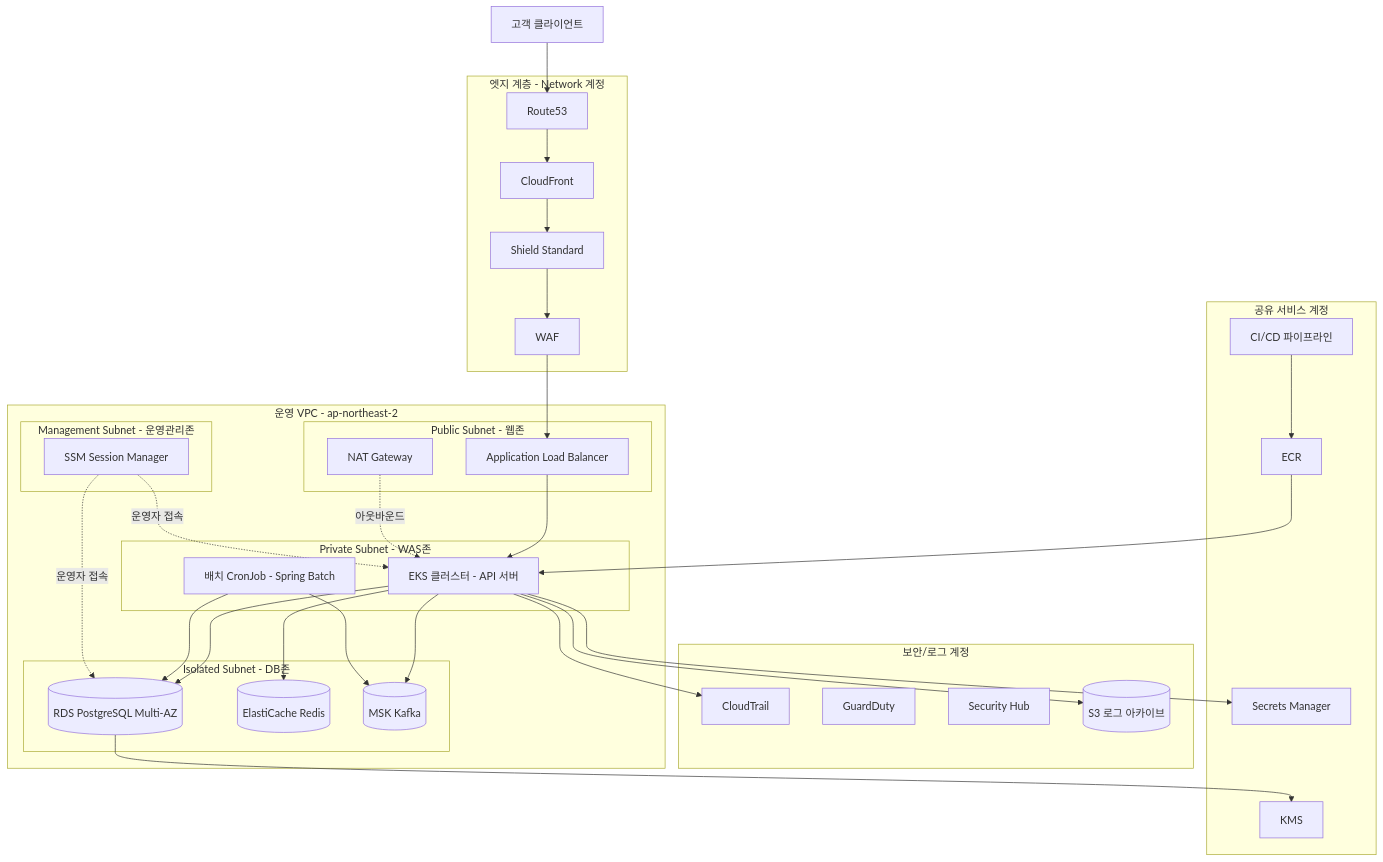
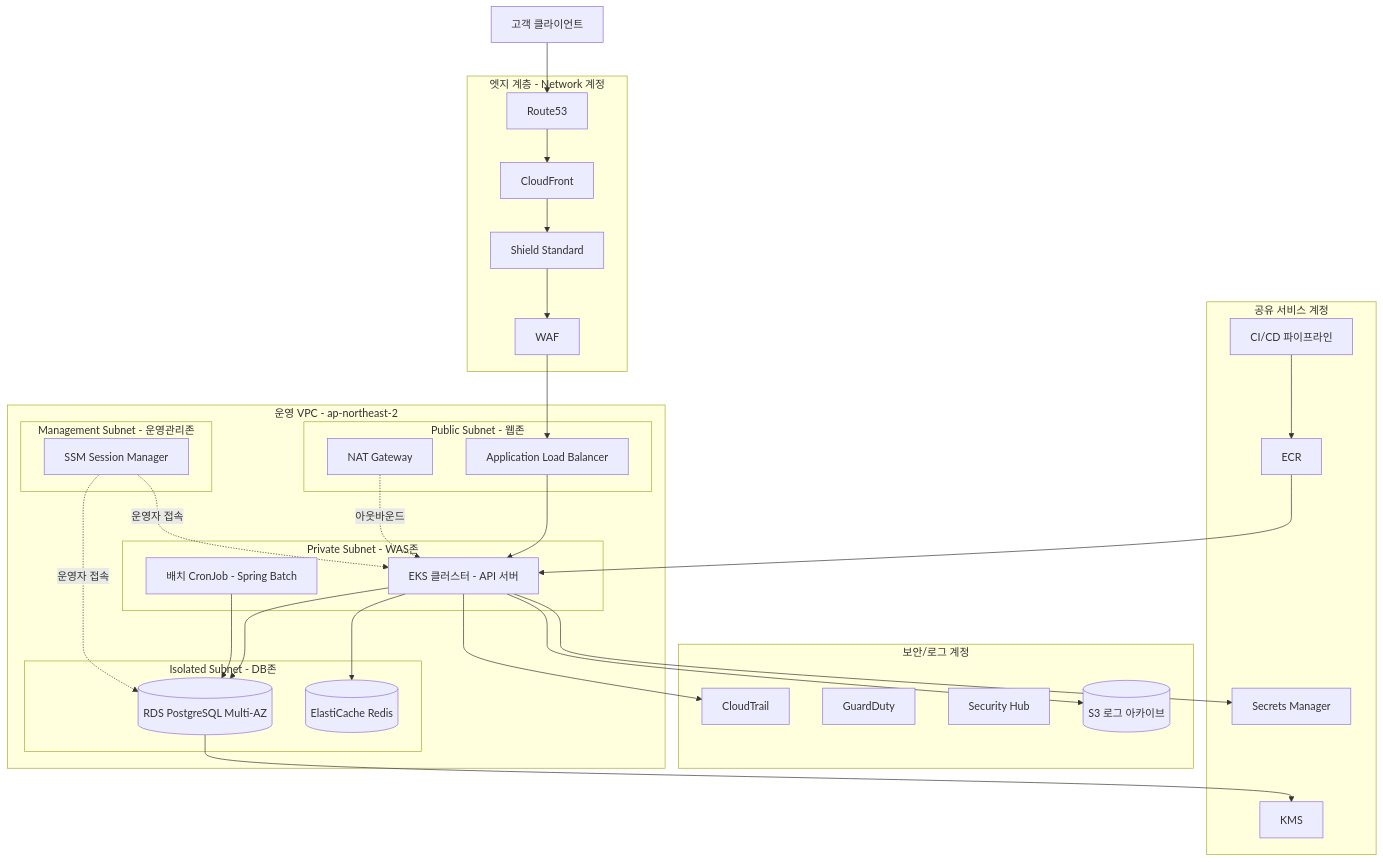
Before and after one commit to JaeHyun10-03/J-Bank: the diagram in docs/06_J-Bank_인프라아키텍처.md, drawn with Mermaid. The commit also changed other lines of this file and 36 other files, not shown here.

````diff
--- a/docs/06_J-Bank_인프라아키텍처.md
+++ b/docs/06_J-Bank_인프라아키텍처.md
@@ -46,60 +46,57 @@
 ```mermaid
 flowchart TB
     User[고객 클라이언트]
 
     subgraph EdgeLayer["엣지 계층 - Network 계정"]
         R53[Route53]
         CFront[CloudFront]
         Shield[Shield Standard]
         WAF[WAF]
     end
 
     subgraph ProdVPC["운영 VPC - ap-northeast-2"]
         subgraph PublicZone["Public Subnet - 웹존"]
             ALB[Application Load Balancer]
             NAT[NAT Gateway]
         end
         subgraph PrivateZone["Private Subnet - WAS존"]
             EKS[EKS 클러스터 - API 서버]
             Batch[배치 CronJob - Spring Batch]
         end
         subgraph IsolatedZone["Isolated Subnet - DB존"]
             RDS[(RDS PostgreSQL Multi-AZ)]
             Redis[(ElastiCache Redis)]
-            MSK[(MSK Kafka)]
         end
         subgraph MgmtZone["Management Subnet - 운영관리존"]
             Bastion[SSM Session Manager]
         end
     end
 
     subgraph SecurityAcct["보안/로그 계정"]
         CloudTrail[CloudTrail]
         GuardDuty[GuardDuty]
         SecurityHub[Security Hub]
         S3Log[(S3 로그 아카이브)]
     end
 
     subgraph SharedAcct["공유 서비스 계정"]
         ECR[ECR]
         CICD[CI/CD 파이프라인]
         KMS[KMS]
         SecretsMgr[Secrets Manager]
     end
 
     User --> R53 --> CFront --> Shield --> WAF --> ALB
     ALB --> EKS
     NAT -.아웃바운드.-> EKS
     EKS --> RDS
     EKS --> Redis
-    EKS --> MSK
     Batch --> RDS
-    Batch --> MSK
     Bastion -.운영자 접속.-> EKS
     Bastion -.운영자 접속.-> RDS
     EKS --> CloudTrail
     EKS --> S3Log
     RDS --> KMS
     EKS --> SecretsMgr
     CICD --> ECR --> EKS
 ```
````
